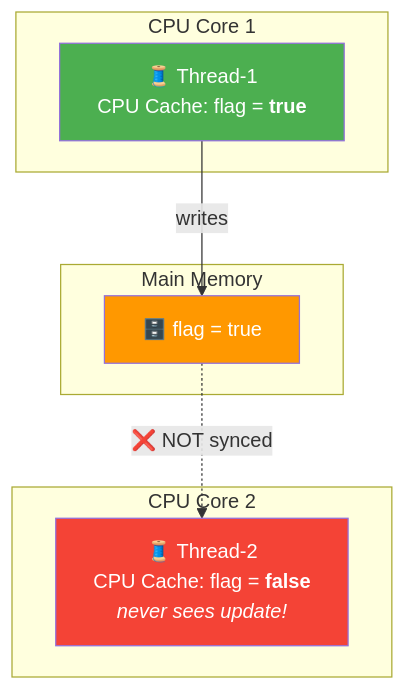
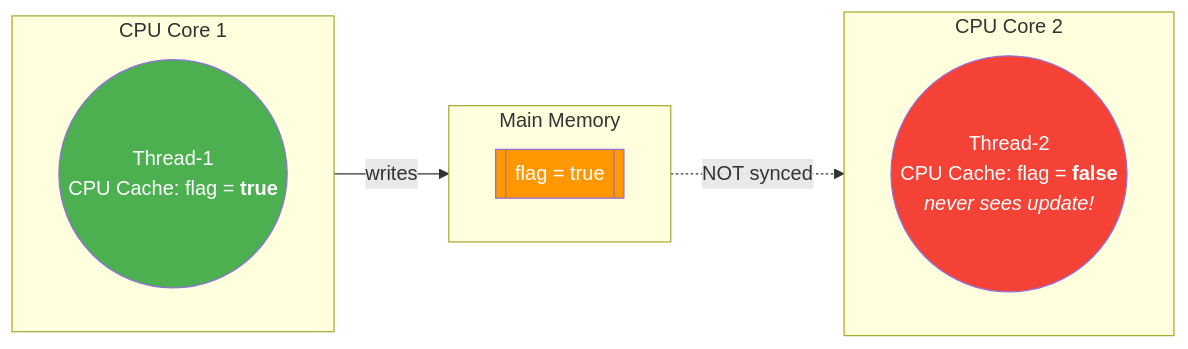
One commit to saivamsikaruturi/vamsilabs-dev-notes-main changed the first of 2 diagrams in docs/java/VolatileAtomics.md. Above: the diagram before and after it, drawn with Mermaid. The commit also changed other lines of this file and 146 other files, not shown here.

Commit message:
Horizontal diagrams, UML class diagrams, typography overhaul, and permalink cleanup

````diff
--- a/docs/java/VolatileAtomics.md
+++ b/docs/java/VolatileAtomics.md
@@ -11,19 +11,22 @@
 ```mermaid
-graph TD
+flowchart LR
     subgraph CPU Core 1
-        T1["🧵 Thread-1<br/>CPU Cache: flag = <b>true</b>"]
+        direction LR
+        T1(("Thread-1<br/>CPU Cache: flag = <b>true</b>"))
     end
     subgraph CPU Core 2
-        T2["🧵 Thread-2<br/>CPU Cache: flag = <b>false</b><br/><i>never sees update!</i>"]
+        direction LR
+        T2(("Thread-2<br/>CPU Cache: flag = <b>false</b><br/><i>never sees update!</i>"))
     end
     subgraph Main Memory
-        MM["🗄️ flag = true"]
+        direction LR
+        MM[["flag = true"]]
     end
 
     T1 -->|writes| MM
-    MM -.->|❌ NOT synced| T2
+    MM -.->|NOT synced| T2
 
     style T1 fill:#4CAF50,color:#fff
     style T2 fill:#F44336,color:#fff
     style MM fill:#FF9800,color:#fff
 ```
````
